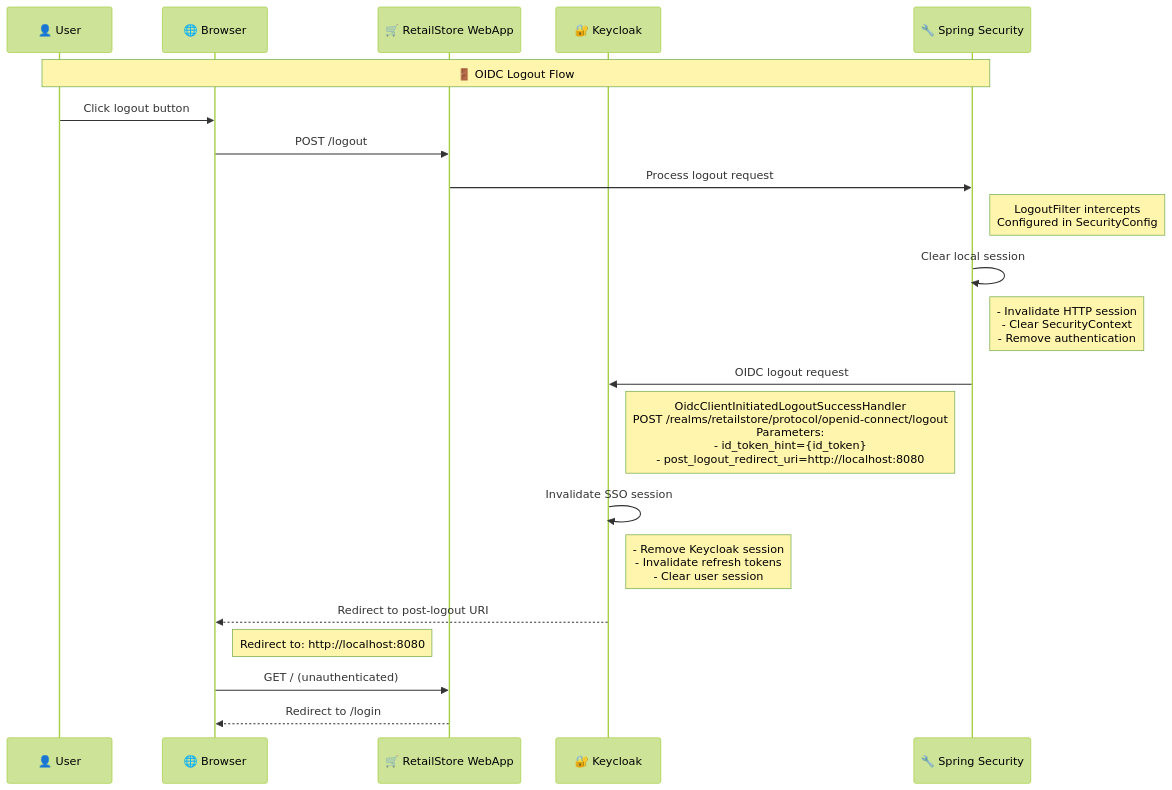
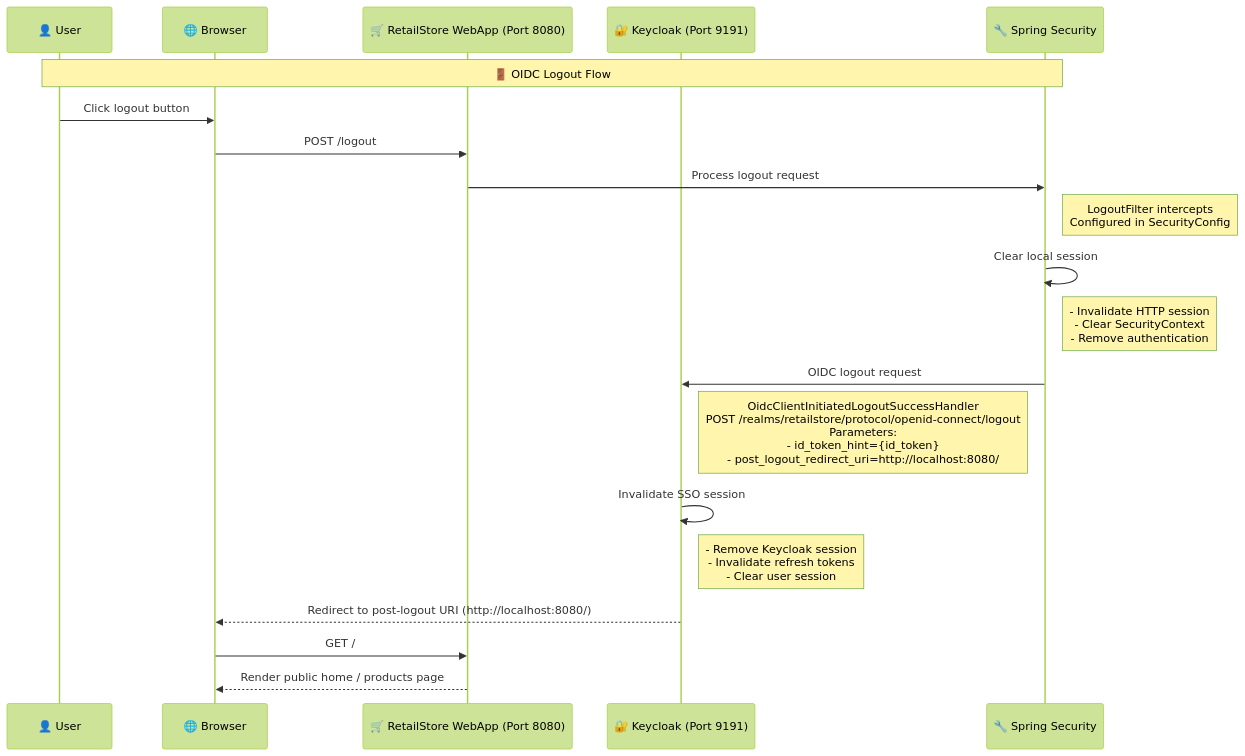
One commit to rajadilipkolli/spring-boot-microservices-series-v2 changed the fourth of 5 diagrams in retail-store-webapp/RetailStore-Authentication-Deep-Dive.md. Above: the diagram before and after it, drawn with Mermaid (forest theme). The commit also changed other lines of this file and 51 other files, not shown here.

````diff
--- a/retail-store-webapp/RetailStore-Authentication-Deep-Dive.md
+++ b/retail-store-webapp/RetailStore-Authentication-Deep-Dive.md
@@ -321,31 +479,29 @@
 ```mermaid
 sequenceDiagram
     participant User as 👤 User
     participant Browser as 🌐 Browser
-    participant WebApp as 🛒 RetailStore WebApp
-    participant KC as 🔐 Keycloak
+    participant WebApp as 🛒 RetailStore WebApp (Port 8080)
+    participant KC as 🔐 Keycloak (Port 9191)
     participant Spring as 🔧 Spring Security
 
     Note over User, Spring: 🚪 OIDC Logout Flow
 
     User->>Browser: Click logout button
     Browser->>WebApp: POST /logout
     
     WebApp->>Spring: Process logout request
     Note right of Spring: LogoutFilter intercepts<br/>Configured in SecurityConfig
     
     Spring->>Spring: Clear local session
     Note right of Spring: - Invalidate HTTP session<br/>- Clear SecurityContext<br/>- Remove authentication
     
     Spring->>KC: OIDC logout request
-    Note right of KC: OidcClientInitiatedLogoutSuccessHandler<br/>POST /realms/retailstore/protocol/openid-connect/logout<br/>Parameters:<br/>- id_token_hint={id_token}<br/>- post_logout_redirect_uri=http://localhost:8080
+    Note right of KC: OidcClientInitiatedLogoutSuccessHandler<br/>POST /realms/retailstore/protocol/openid-connect/logout<br/>Parameters:<br/>- id_token_hint={id_token}<br/>- post_logout_redirect_uri=http://localhost:8080/
     
     KC->>KC: Invalidate SSO session
     Note right of KC: - Remove Keycloak session<br/>- Invalidate refresh tokens<br/>- Clear user session
     
-    KC-->>Browser: Redirect to post-logout URI
-    Note right of Browser: Redirect to: http://localhost:8080
-    
-    Browser->>WebApp: GET / (unauthenticated)
-    WebApp-->>Browser: Redirect to /login
+    KC-->>Browser: Redirect to post-logout URI (http://localhost:8080/)
+    Browser->>WebApp: GET /
+    WebApp-->>Browser: Render public home / products page
 ```
````
